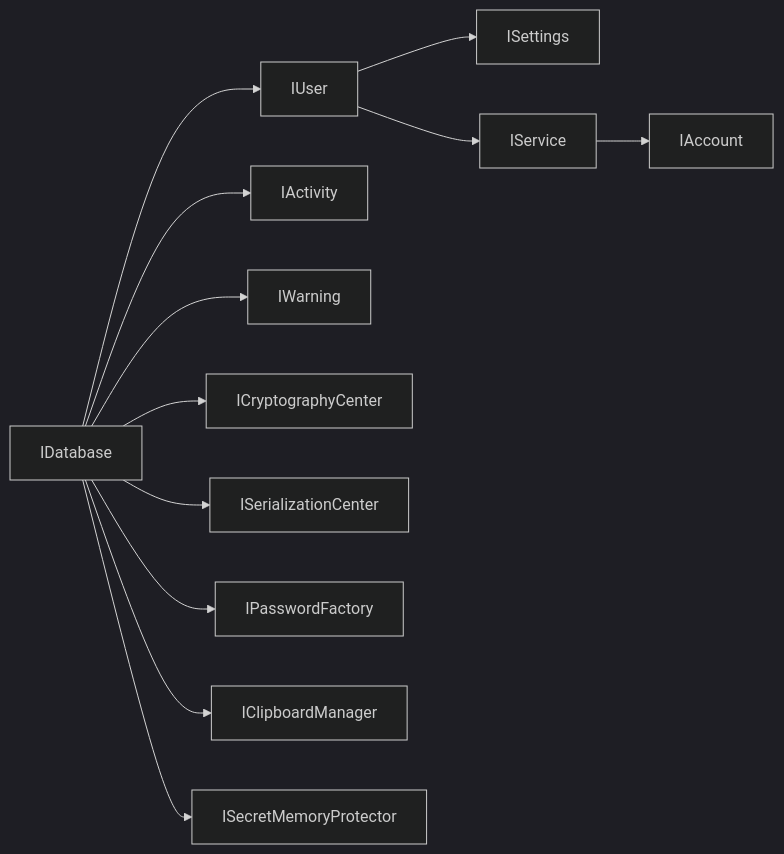
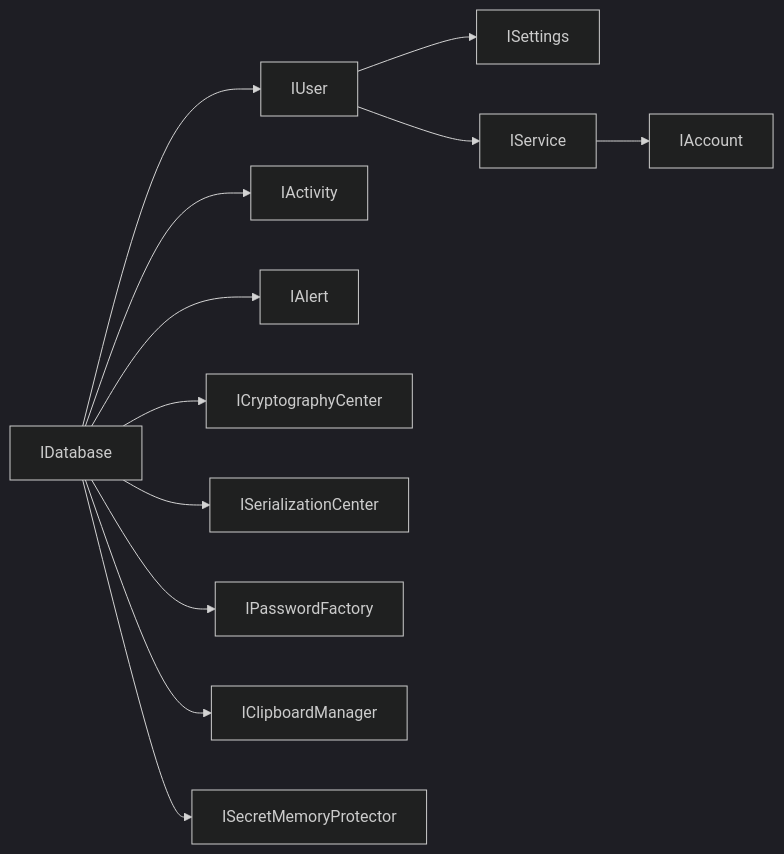
One commit to YassinLokhat/Upsilon.Apps.Passkey changed the first of 2 diagrams in Wiki/Architecture.md. Above: the diagram before and after it, drawn with Mermaid (dark theme). The commit also changed other lines of this file and 90 other files, not shown here.

````diff
--- a/Wiki/Architecture.md
+++ b/Wiki/Architecture.md
@@ -24,14 +24,14 @@
 ```mermaid
 flowchart LR
   IDatabase --> IUser
   IUser --> ISettings
   IUser --> IService
   IService --> IAccount
   IDatabase --> IActivity
-  IDatabase --> IWarning
+  IDatabase --> IAlert
   IDatabase --> ICryptographyCenter
   IDatabase --> ISerializationCenter
   IDatabase --> IPasswordFactory
   IDatabase --> IClipboardManager
   IDatabase --> ISecretMemoryProtector
 ```
````
